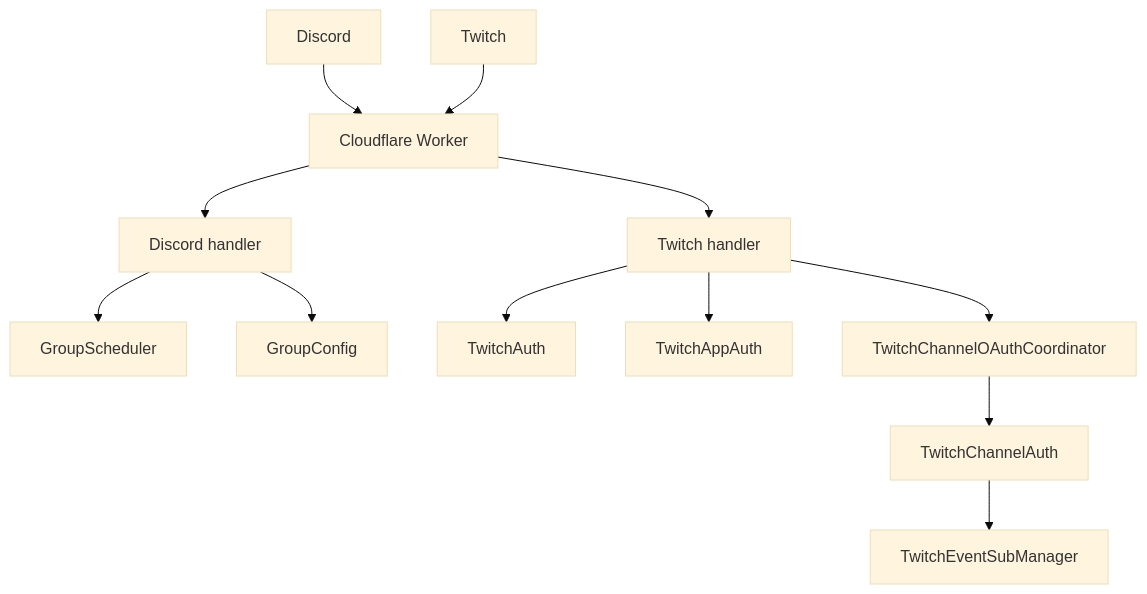
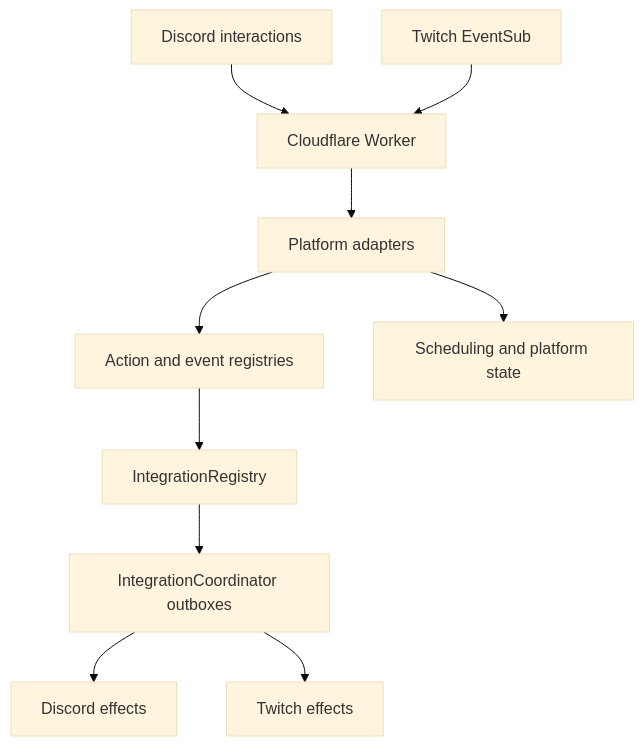
Before and after one commit to BCIrealm087/elmybot: the diagram in README.md, drawn with Mermaid (base theme). The commit also changed other lines of this file, not shown here.

````diff
--- a/README.md
+++ b/README.md
@@ -54,14 +30,12 @@
 ```mermaid
 flowchart TD
-    D[Discord] --> W[Cloudflare Worker]
-    T[Twitch] --> W
-    W --> DH[Discord handler]
-    W --> TH[Twitch handler]
-    DH --> GS[GroupScheduler]
-    DH --> GC[GroupConfig]
-    TH --> TA[TwitchAuth]
-    TH --> AA[TwitchAppAuth]
-    TH --> CO[TwitchChannelOAuthCoordinator]
-    CO --> CA[TwitchChannelAuth]
-    CA --> EM[TwitchEventSubManager]
+    D[Discord interactions] --> W[Cloudflare Worker]
+    T[Twitch EventSub] --> W
+    W --> P[Platform adapters]
+    P --> A[Action and event registries]
+    A --> R[IntegrationRegistry]
+    R --> C[IntegrationCoordinator outboxes]
+    C --> DE[Discord effects]
+    C --> TE[Twitch effects]
+    P --> S[Scheduling and platform state]
 ```
````
